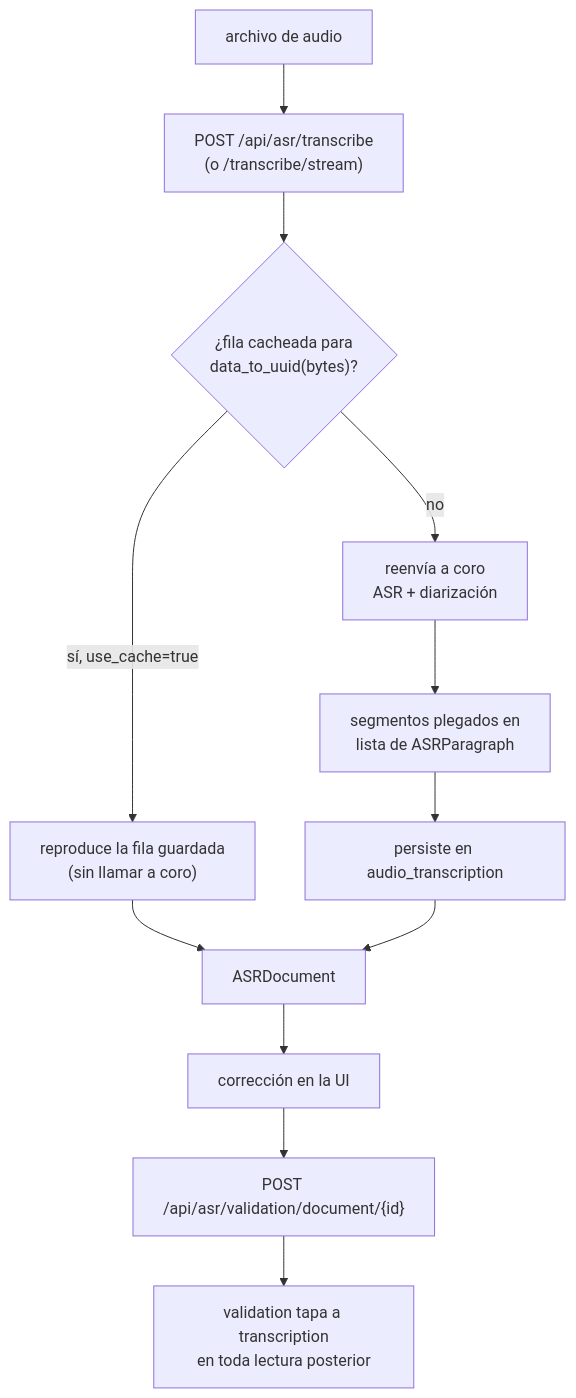
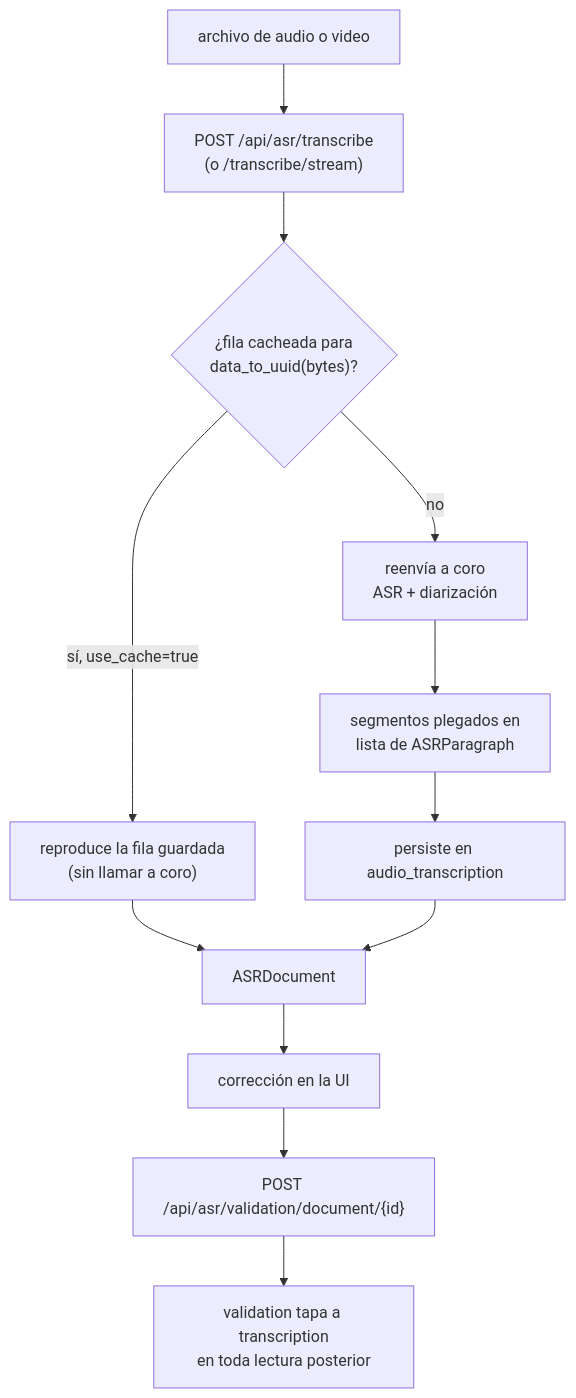
Before and after one commit to AymurAI/aymurai: the diagram in docs/es/pipelines/transcription/README.md, drawn with Mermaid. The commit also changed other lines of this file and 5 other files, not shown here.

````diff
--- a/docs/es/pipelines/transcription/README.md
+++ b/docs/es/pipelines/transcription/README.md
@@ -47,14 +47,14 @@
 ```mermaid
 flowchart TD
-    A["archivo de audio"] --> B["POST /api/asr/transcribe<br/>(o /transcribe/stream)"]
+    A["archivo de audio o video"] --> B["POST /api/asr/transcribe<br/>(o /transcribe/stream)"]
     B --> C{"¿fila cacheada para<br/>data_to_uuid(bytes)?"}
     C -->|"sí, use_cache=true"| D["reproduce la fila guardada<br/>(sin llamar a coro)"]
     C -->|no| E["reenvía a coro<br/>ASR + diarización"]
     E --> F["segmentos plegados en<br/>lista de ASRParagraph"]
     F --> G["persiste en audio_transcription"]
     D --> H["ASRDocument"]
     G --> H
     H --> I["corrección en la UI"]
     I --> J["POST /api/asr/validation/document/{id}"]
     J --> K["validation tapa a transcription<br/>en toda lectura posterior"]
 ```
````
